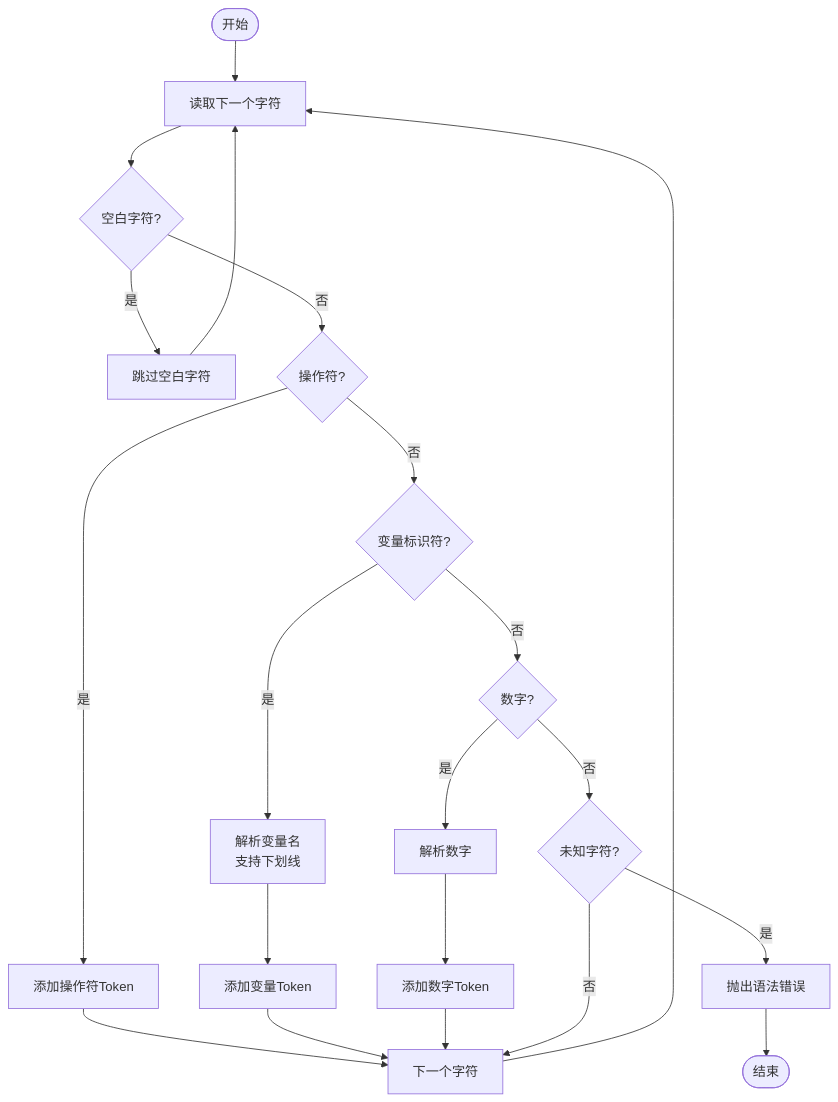
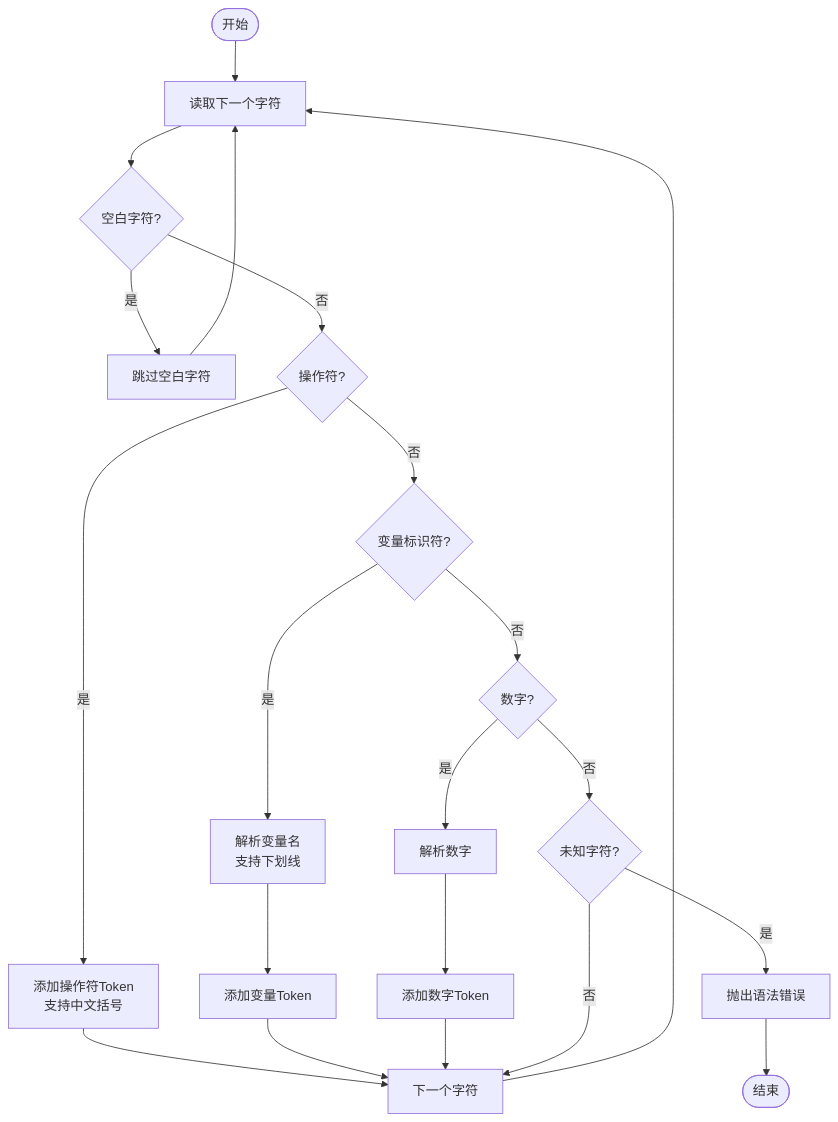
Before and after one commit to steveyu2/formula-mapper: the fourth of 7 diagrams in .qoder/repowiki/zh/content/开发者指南/核心模块实现/公式解析器.md, drawn with Mermaid. The commit also changed other lines of this file and 19 other files, not shown here.

````diff
--- a/.qoder/repowiki/zh/content/开发者指南/核心模块实现/公式解析器.md
+++ b/.qoder/repowiki/zh/content/开发者指南/核心模块实现/公式解析器.md
@@ -163,23 +174,23 @@
 ```mermaid
 flowchart TD
 Start([开始]) --> ReadChar["读取下一个字符"]
 ReadChar --> CheckSpace{"空白字符?"}
 CheckSpace --> |是| SkipSpace["跳过空白字符"]
 CheckSpace --> |否| CheckOperator{"操作符?"}
 SkipSpace --> ReadChar
-CheckOperator --> |是| AddOperator["添加操作符Token"]
+CheckOperator --> |是| AddOperator["添加操作符Token<br/>支持中文括号"]
 CheckOperator --> |否| CheckVariable{"变量标识符?"}
 AddOperator --> NextChar["下一个字符"]
 CheckVariable --> |是| ParseVariable["解析变量名<br/>支持下划线"]
 CheckVariable --> |否| CheckNumber{"数字?"}
 ParseVariable --> AddVariable["添加变量Token"]
 AddVariable --> NextChar
 CheckNumber --> |是| ParseNumber["解析数字"]
 CheckNumber --> |否| CheckUnknown{"未知字符?"}
 ParseNumber --> AddNumber["添加数字Token"]
 AddNumber --> NextChar
 CheckUnknown --> |是| ThrowError["抛出语法错误"]
 CheckUnknown --> |否| NextChar
 NextChar --> ReadChar
 ThrowError --> End([结束])
 ```
````
